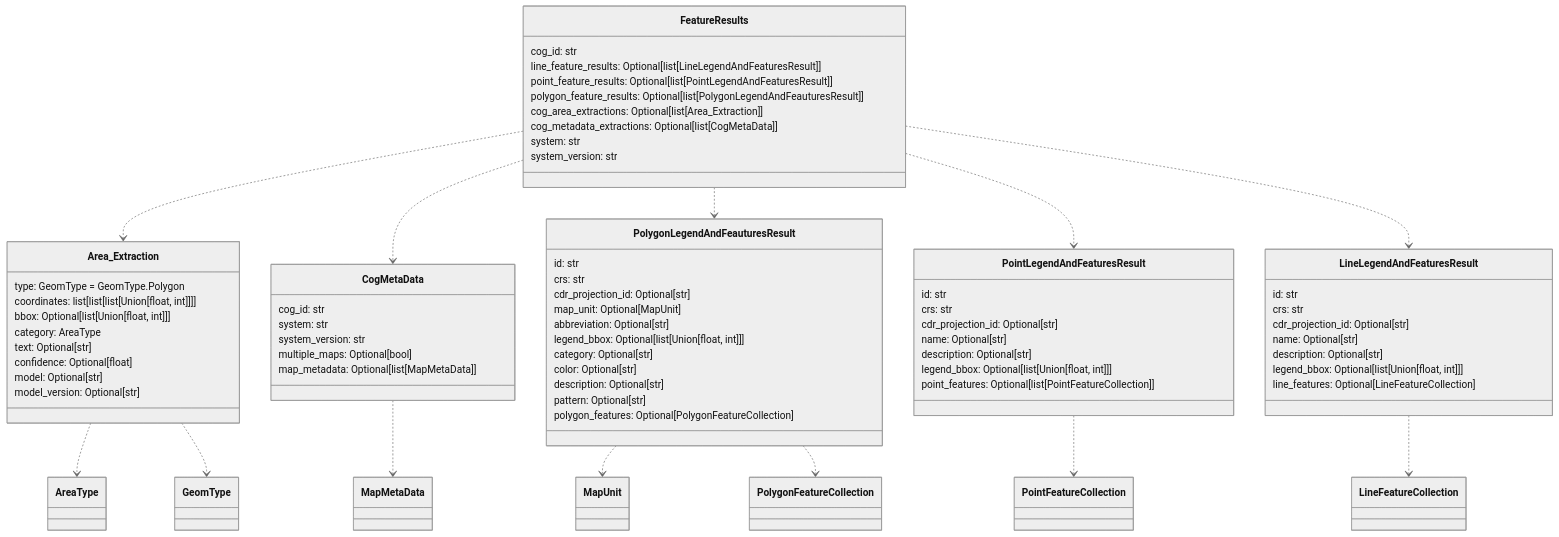
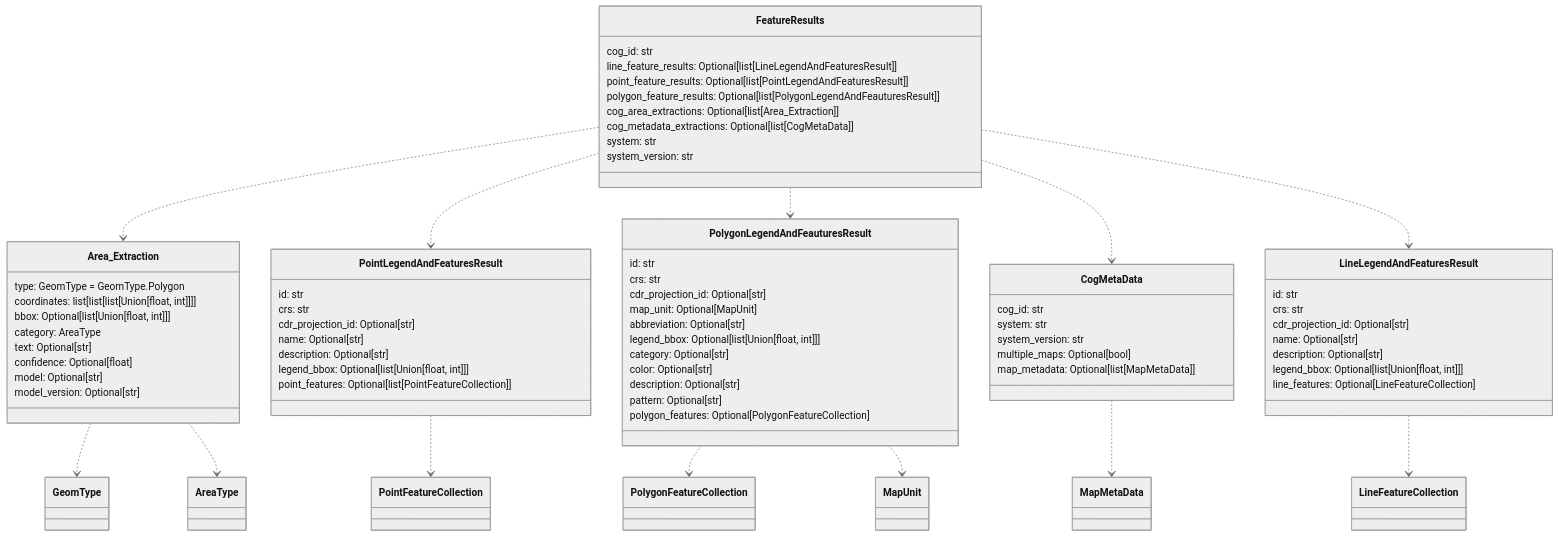
The third of 11 diagrams in README.md (DARPA-CRITICALMAAS/cdr_schemas), drawn with Mermaid (neutral theme) before and after one commit. The commit also changed other lines of this file and 3 other files, not shown here.

````diff
--- a/README.md
+++ b/README.md
@@ -188,82 +188,82 @@
 ```mermaid
 classDiagram
 
     class Area_Extraction {
         type: GeomType = GeomType.Polygon
         coordinates: list[list[list[Union[float, int]]]]
         bbox: Optional[list[Union[float, int]]]
         category: AreaType
         text: Optional[str]
         confidence: Optional[float]
         model: Optional[str]
         model_version: Optional[str]
     }
 
-    class CogMetaData {
-        cog_id: str
-        system: str
-        system_version: str
-        multiple_maps: Optional[bool]
-        map_metadata: Optional[list[MapMetaData]]
+    class PointLegendAndFeaturesResult {
+        id: str
+        crs: str
+        cdr_projection_id: Optional[str]
+        name: Optional[str]
+        description: Optional[str]
+        legend_bbox: Optional[list[Union[float, int]]]
+        point_features: Optional[list[PointFeatureCollection]]
     }
 
     class FeatureResults {
         cog_id: str
         line_feature_results: Optional[list[LineLegendAndFeaturesResult]]
         point_feature_results: Optional[list[PointLegendAndFeaturesResult]]
         polygon_feature_results: Optional[list[PolygonLegendAndFeauturesResult]]
         cog_area_extractions: Optional[list[Area_Extraction]]
         cog_metadata_extractions: Optional[list[CogMetaData]]
         system: str
         system_version: str
     }
 
     class PolygonLegendAndFeauturesResult {
         id: str
         crs: str
         cdr_projection_id: Optional[str]
         map_unit: Optional[MapUnit]
         abbreviation: Optional[str]
         legend_bbox: Optional[list[Union[float, int]]]
         category: Optional[str]
         color: Optional[str]
         description: Optional[str]
         pattern: Optional[str]
         polygon_features: Optional[PolygonFeatureCollection]
     }
 
+    class CogMetaData {
+        cog_id: str
+        system: str
+        system_version: str
+        multiple_maps: Optional[bool]
+        map_metadata: Optional[list[MapMetaData]]
+    }
+
     class LineLegendAndFeaturesResult {
         id: str
         crs: str
         cdr_projection_id: Optional[str]
         name: Optional[str]
         description: Optional[str]
         legend_bbox: Optional[list[Union[float, int]]]
         line_features: Optional[LineFeatureCollection]
     }
 
-    class PointLegendAndFeaturesResult {
-        id: str
-        crs: str
-        cdr_projection_id: Optional[str]
-        name: Optional[str]
-        description: Optional[str]
-        legend_bbox: Optional[list[Union[float, int]]]
-        point_features: Optional[list[PointFeatureCollection]]
-    }
-
+    Area_Extraction ..> GeomType
     Area_Extraction ..> AreaType
-    Area_Extraction ..> GeomType
     LineLegendAndFeaturesResult ..> LineFeatureCollection
     PointLegendAndFeaturesResult ..> PointFeatureCollection
+    PolygonLegendAndFeauturesResult ..> PolygonFeatureCollection
     PolygonLegendAndFeauturesResult ..> MapUnit
-    PolygonLegendAndFeauturesResult ..> PolygonFeatureCollection
     CogMetaData ..> MapMetaData
     FeatureResults ..> Area_Extraction
+    FeatureResults ..> PointLegendAndFeaturesResult
+    FeatureResults ..> PolygonLegendAndFeauturesResult
     FeatureResults ..> CogMetaData
-    FeatureResults ..> PolygonLegendAndFeauturesResult
-    FeatureResults ..> PointLegendAndFeaturesResult
     FeatureResults ..> LineLegendAndFeaturesResult
 
 
 ```
````
